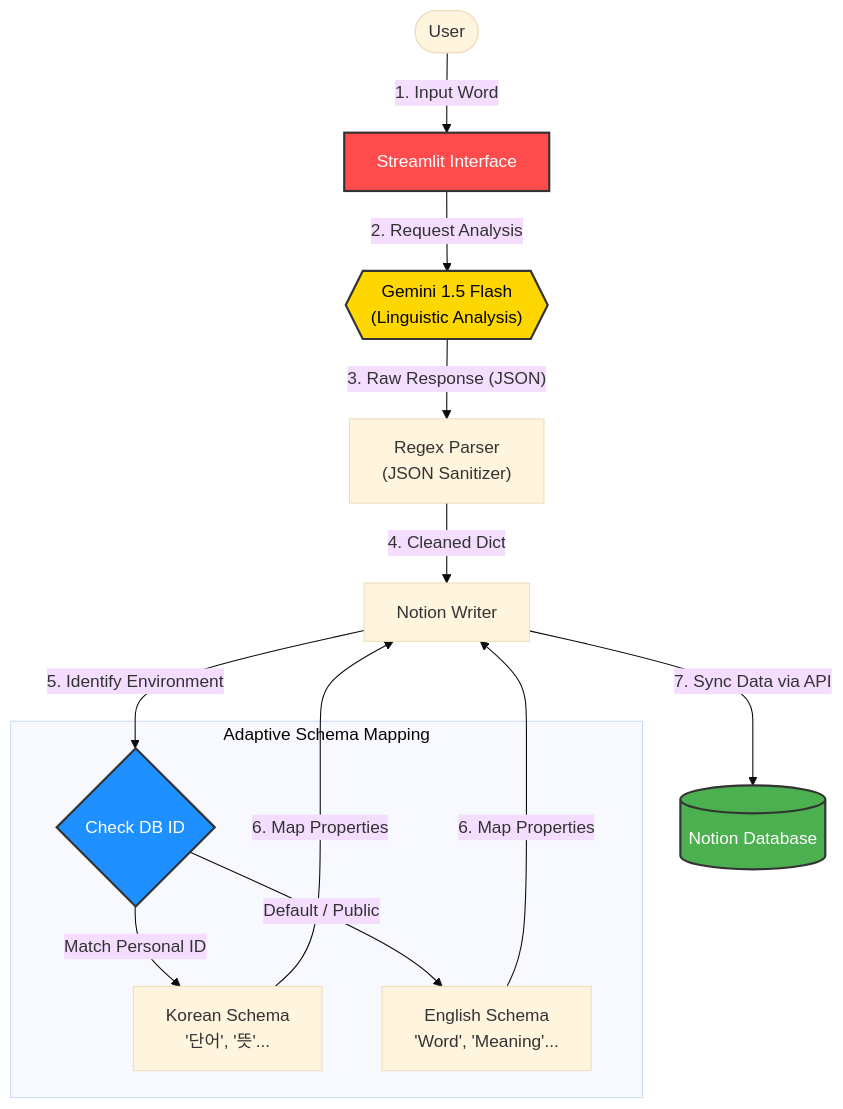
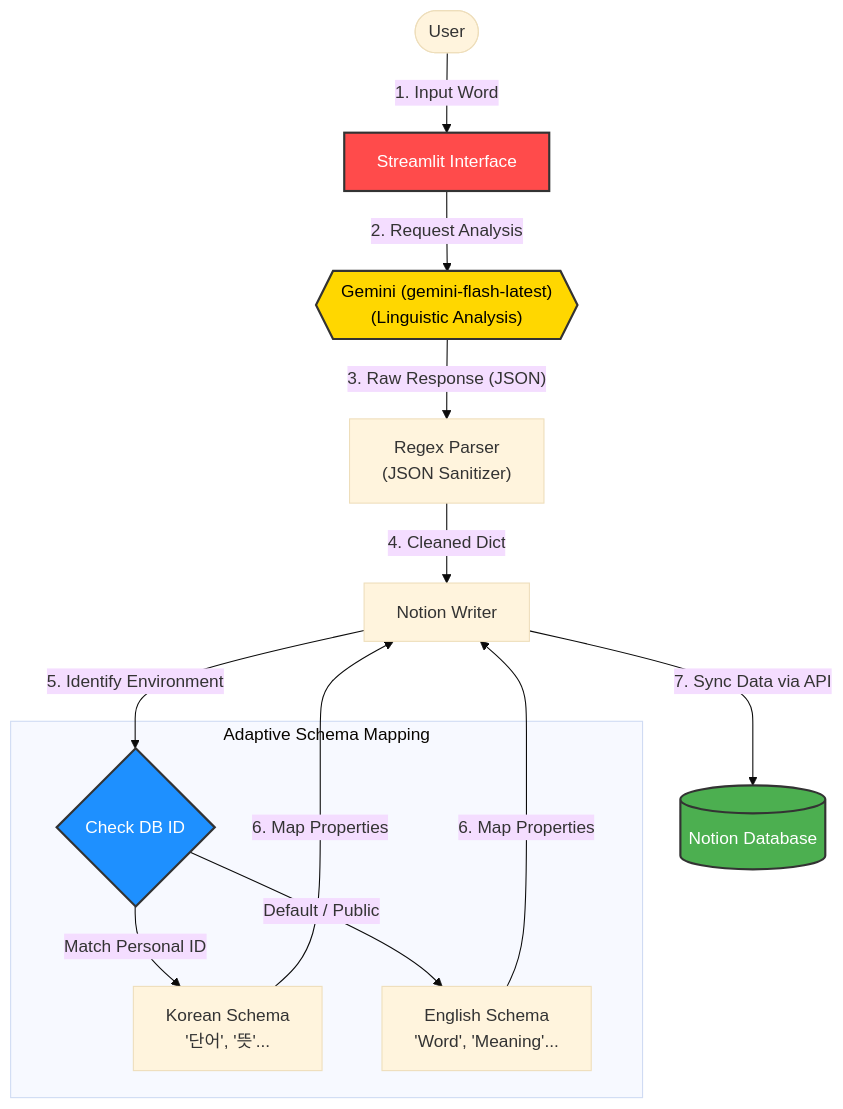
The diagram in README.md (2daKaizen-gun/jp-dict-bot), drawn with Mermaid (base theme) before and after one commit.

Commit message:
docs: match the model name in README to the code

````diff
--- a/README.md
+++ b/README.md
@@ -36,37 +36,37 @@
 ```mermaid
 graph TD
     %% Node Definitions
     User(["User"])
     UI["Streamlit Interface"]
-    Gemini{{"Gemini 1.5 Flash<br/>(Linguistic Analysis)"}}
+    Gemini{{"Gemini (gemini-flash-latest)<br/>(Linguistic Analysis)"}}
     Parser["Regex Parser<br/>(JSON Sanitizer)"]
     Writer["Notion Writer"]
     Notion[("Notion Database")]
 
     %% Environment Switch Logic
     subgraph "Adaptive Schema Mapping"
         Switch{"Check DB ID"}
         KR_Schema["Korean Schema<br/>'단어', '뜻'..."]
         EN_Schema["English Schema<br/>'Word', 'Meaning'..."]
     end
 
     %% Data Flow
     User -->|1. Input Word| UI
     UI -->|2. Request Analysis| Gemini
     Gemini --"3. Raw Response (JSON)"--> Parser
     Parser -->|4. Cleaned Dict| Writer
     
     %% Mapping Flow
     Writer -->|5. Identify Environment| Switch
     Switch -->|Match Personal ID| KR_Schema
     Switch -->|Default / Public| EN_Schema
     
     KR_Schema & EN_Schema -->|6. Map Properties| Writer
     Writer -->|7. Sync Data via API| Notion
 
     %% Styling
     style UI fill:#FF4B4B,stroke:#333,stroke-width:2px,color:white
     style Gemini fill:#FFD700,stroke:#333,stroke-width:2px,color:black
     style Notion fill:#4CAF50,stroke:#333,stroke-width:2px,color:white
     style Switch fill:#1E90FF,stroke:#333,stroke-width:2px,color:white
 ```
````
